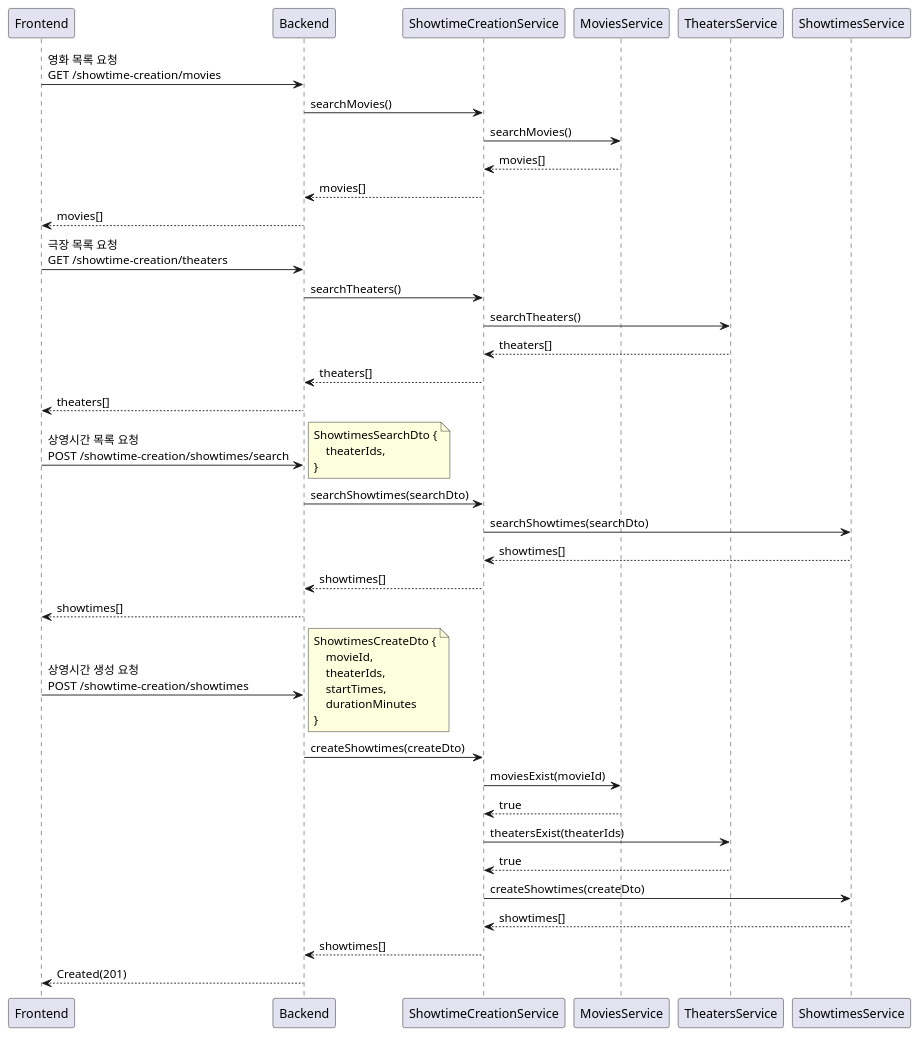
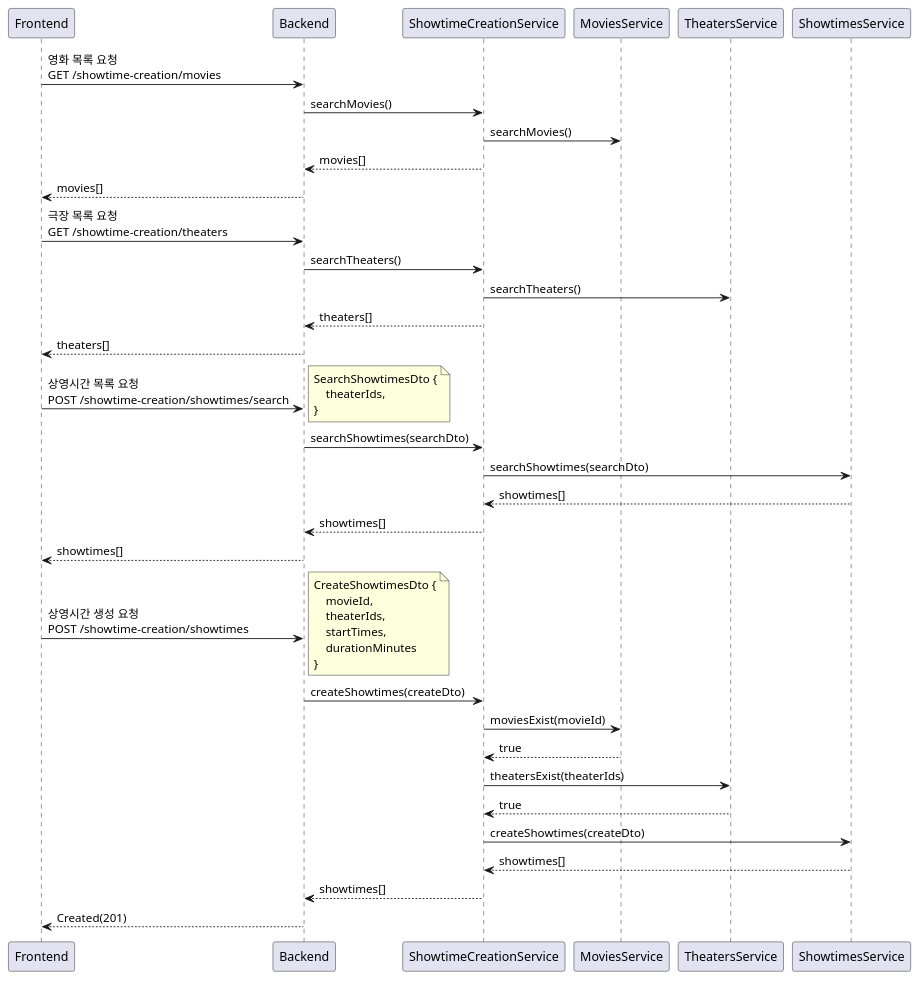
The diagram in _posts/3025-06-01-backend-design-3.md (mannercode/mannercode.github.io), drawn with PlantUML before and after one commit. The commit also changed other lines of this file and 45 other files, not shown here.

Commit message:
Remove outdated UML diagrams and related SVG files for showtime creation process

```diff
--- a/_posts/3025-06-01-backend-design-3.md
+++ b/_posts/3025-06-01-backend-design-3.md
@@ -586,51 +10,49 @@
 {% plantuml %}
 @startuml
 Frontend -> Backend: 영화 목록 요청\nGET /showtime-creation/movies
     Backend -> ShowtimeCreationService: searchMovies()
         ShowtimeCreationService -> MoviesService: searchMovies()
-        ShowtimeCreationService <-- MoviesService: movies[]
     Backend <-- ShowtimeCreationService: movies[]
 Frontend <-- Backend: movies[]
 
 Frontend -> Backend: 극장 목록 요청\nGET /showtime-creation/theaters
     Backend -> ShowtimeCreationService: searchTheaters()
         ShowtimeCreationService -> TheatersService: searchTheaters()
-        ShowtimeCreationService <-- TheatersService: theaters[]
     Backend <-- ShowtimeCreationService: theaters[]
 Frontend <-- Backend: theaters[]
 
 Frontend -> Backend: 상영시간 목록 요청\nPOST /showtime-creation/showtimes/search
     note right
-        ShowtimesSearchDto {
+        SearchShowtimesDto {
             theaterIds,
         }
     end note
     Backend -> ShowtimeCreationService: searchShowtimes(searchDto)
         ShowtimeCreationService -> ShowtimesService: searchShowtimes(searchDto)
         ShowtimeCreationService <-- ShowtimesService: showtimes[]
     Backend <-- ShowtimeCreationService: showtimes[]
 Frontend <-- Backend: showtimes[]
 
 Frontend -> Backend: 상영시간 생성 요청\nPOST /showtime-creation/showtimes
     note right
-        ShowtimesCreateDto {
+        CreateShowtimesDto {
             movieId,
             theaterIds,
             startTimes,
             durationMinutes
         }
     end note
     Backend -> ShowtimeCreationService: createShowtimes(createDto)
         ShowtimeCreationService -> MoviesService: moviesExist(movieId)
         ShowtimeCreationService <-- MoviesService: true
 
         ShowtimeCreationService -> TheatersService: theatersExist(theaterIds)
         ShowtimeCreationService <-- TheatersService: true
 
         ShowtimeCreationService -> ShowtimesService: createShowtimes(createDto)
         ShowtimeCreationService <-- ShowtimesService: showtimes[]
     Backend <-- ShowtimeCreationService: showtimes[]
 Frontend <-- Backend: Created(201)
 
 @enduml
 {% endplantuml %}
```
